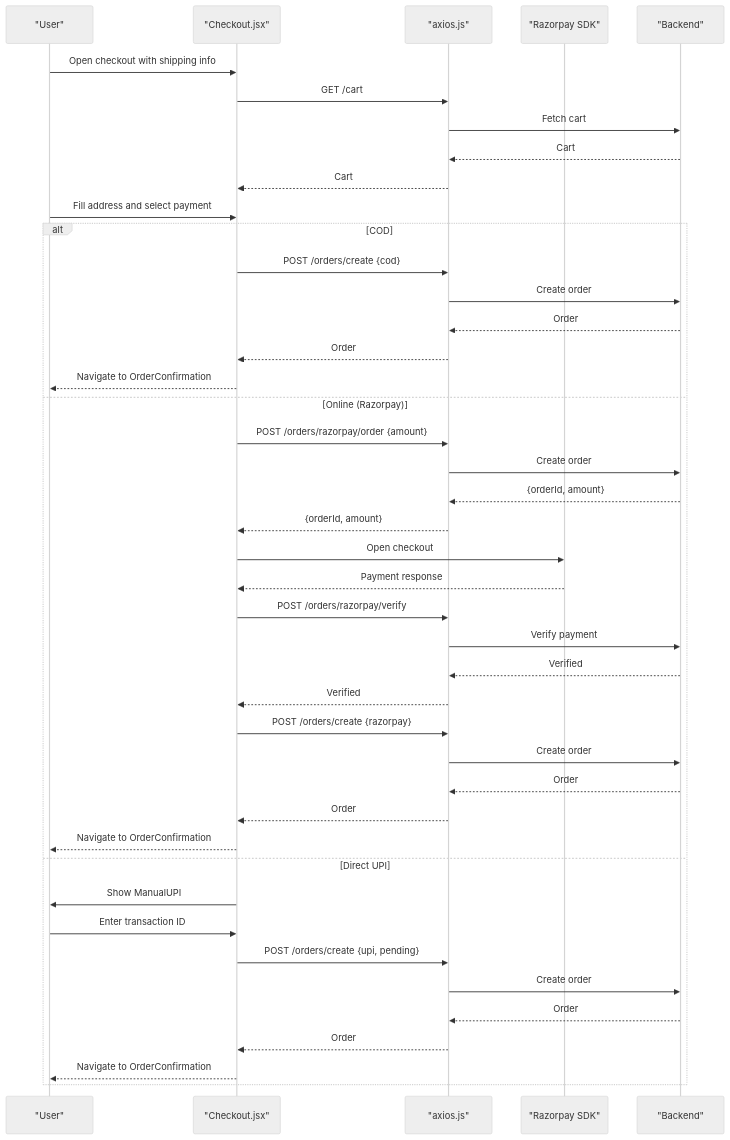
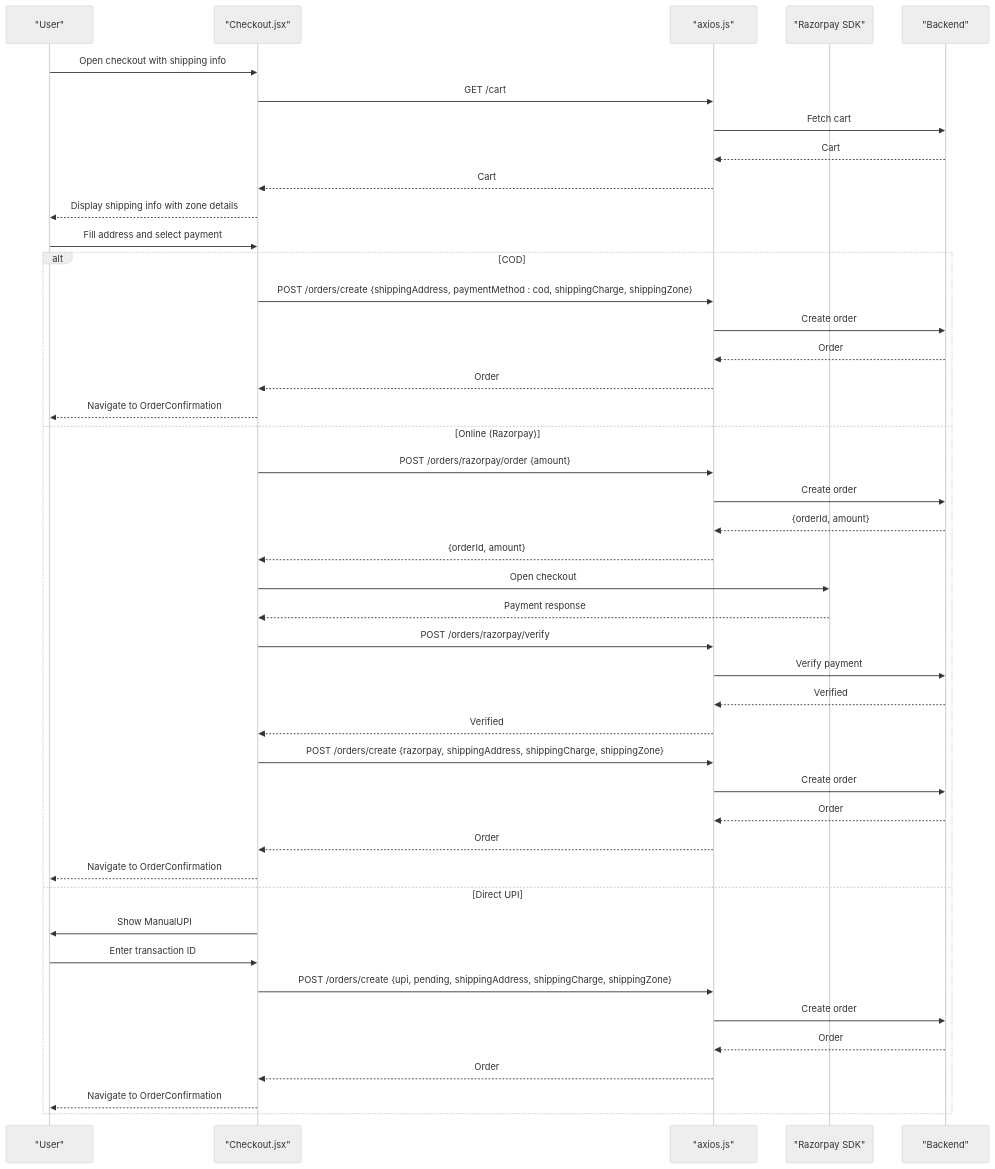
One commit to Pavan-PSPK9032/TrendsandToss changed the sixth of 9 diagrams in .qoder/repowiki/en/content/Shopping Experience/Shopping Experience.md. Above: the diagram before and after it, drawn with Mermaid (neutral theme). The commit also changed other lines of this file and 16 other files, not shown here.

````diff
--- a/.qoder/repowiki/en/content/Shopping Experience/Shopping Experience.md
+++ b/.qoder/repowiki/en/content/Shopping Experience/Shopping Experience.md
@@ -297,45 +360,46 @@
 ```mermaid
 sequenceDiagram
 participant U as "User"
 participant CH as "Checkout.jsx"
 participant API as "axios.js"
 participant RP as "Razorpay SDK"
 participant BE as "Backend"
 U->>CH : Open checkout with shipping info
 CH->>API : GET /cart
 API->>BE : Fetch cart
 BE-->>API : Cart
 API-->>CH : Cart
+CH-->>U : Display shipping info with zone details
 U->>CH : Fill address and select payment
 alt COD
-CH->>API : POST /orders/create {cod}
+CH->>API : POST /orders/create {shippingAddress, paymentMethod : cod, shippingCharge, shippingZone}
 API->>BE : Create order
 BE-->>API : Order
 API-->>CH : Order
 CH-->>U : Navigate to OrderConfirmation
 else Online (Razorpay)
 CH->>API : POST /orders/razorpay/order {amount}
 API->>BE : Create order
 BE-->>API : {orderId, amount}
 API-->>CH : {orderId, amount}
 CH->>RP : Open checkout
 RP-->>CH : Payment response
 CH->>API : POST /orders/razorpay/verify
 API->>BE : Verify payment
 BE-->>API : Verified
 API-->>CH : Verified
-CH->>API : POST /orders/create {razorpay}
+CH->>API : POST /orders/create {razorpay, shippingAddress, shippingCharge, shippingZone}
 API->>BE : Create order
 BE-->>API : Order
 API-->>CH : Order
 CH-->>U : Navigate to OrderConfirmation
 else Direct UPI
 CH->>U : Show ManualUPI
 U->>CH : Enter transaction ID
-CH->>API : POST /orders/create {upi, pending}
+CH->>API : POST /orders/create {upi, pending, shippingAddress, shippingCharge, shippingZone}
 API->>BE : Create order
 BE-->>API : Order
 API-->>CH : Order
 CH-->>U : Navigate to OrderConfirmation
 end
 ```
````
